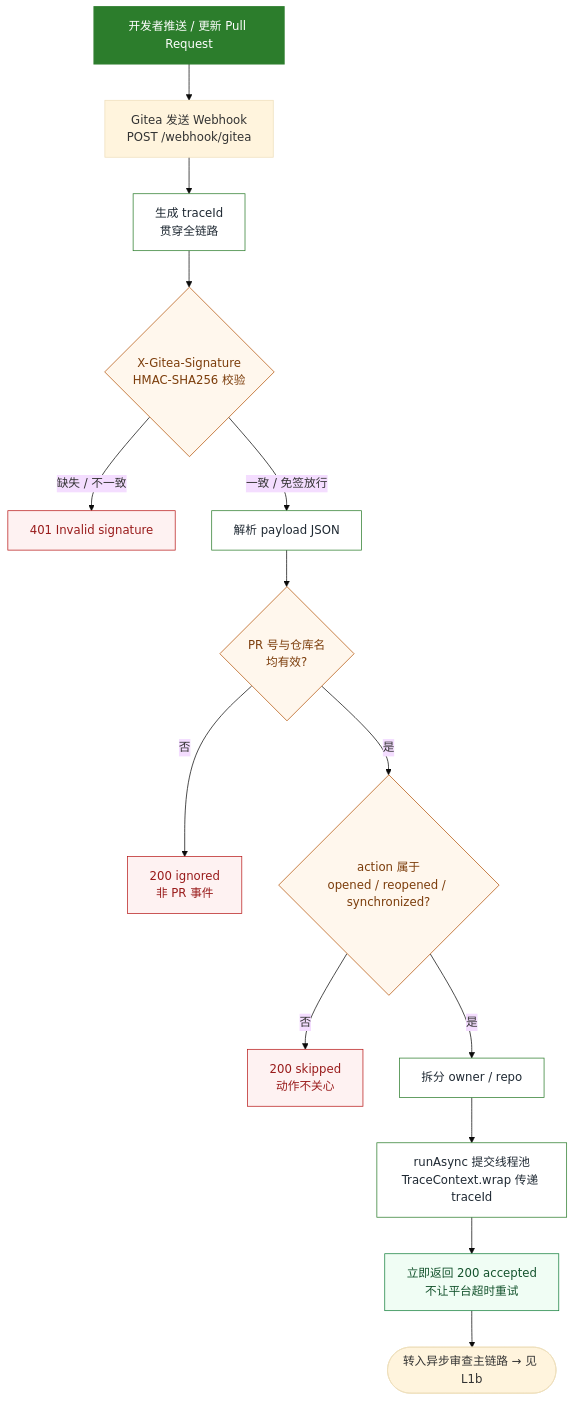
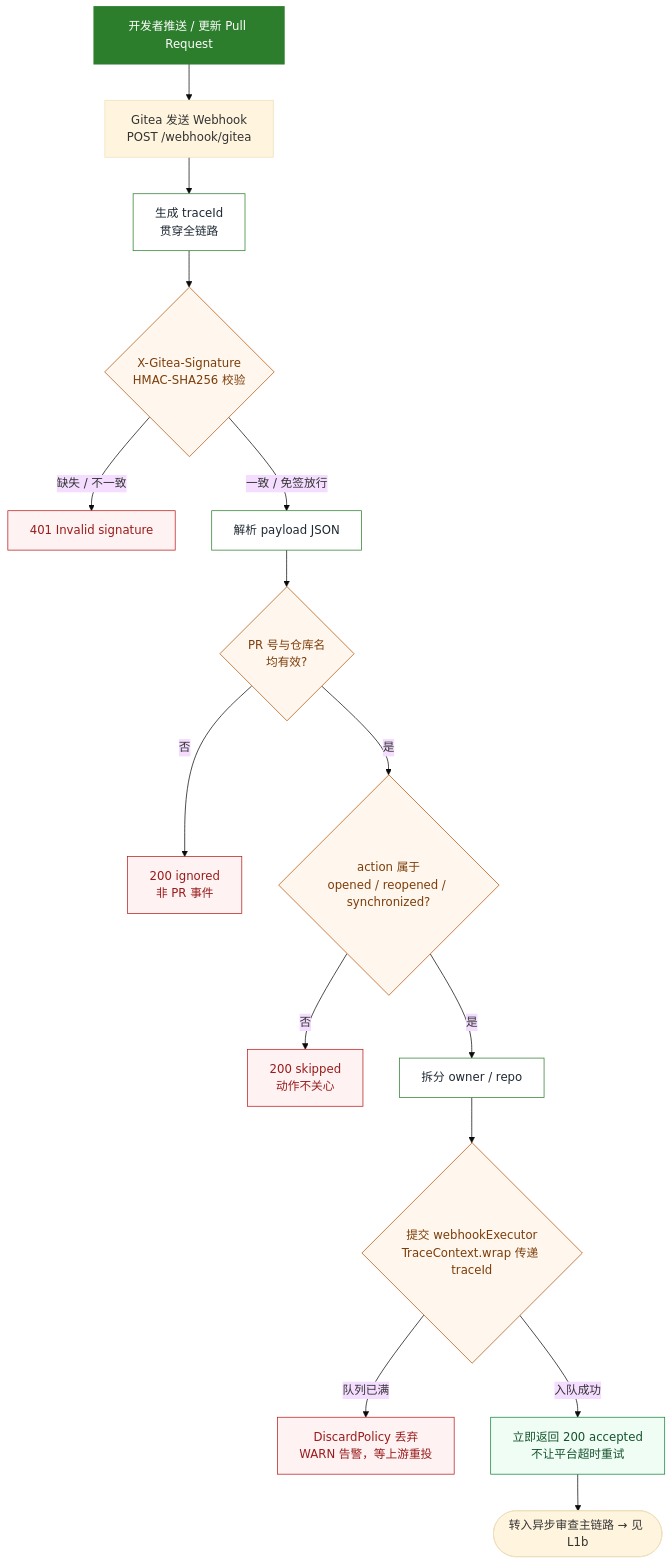
One commit to 13liyunfei/code-review-agent changed the diagram in docs/diagrams/l1a-webhook-intake.mmd. Above: the diagram before and after it, drawn with Mermaid (base theme). The commit also changed 10 other files, not shown here.

First line of the commit message:
docs: 图集同步项目近期演进，新增影响面分析专图（11 → 12 张）

```diff
--- a/docs/diagrams/l1a-webhook-intake.mmd
+++ b/docs/diagrams/l1a-webhook-intake.mmd
@@ -1,28 +1,29 @@
 flowchart TD
     A["开发者推送 / 更新 Pull Request"] --> B["Gitea 发送 Webhook<br/>POST /webhook/gitea"]
     B --> T0["生成 traceId<br/>贯穿全链路"]
     T0 --> C{"X-Gitea-Signature<br/>HMAC-SHA256 校验"}
 
     C -->|"缺失 / 不一致"| C1["401 Invalid signature"]
     C -->|"一致 / 免签放行"| D["解析 payload JSON"]
 
     D --> E{"PR 号与仓库名<br/>均有效?"}
     E -->|"否"| E1["200 ignored<br/>非 PR 事件"]
     E -->|"是"| F{"action 属于<br/>opened / reopened / synchronized?"}
     F -->|"否"| F1["200 skipped<br/>动作不关心"]
     F -->|"是"| G["拆分 owner / repo"]
 
-    G --> H["runAsync 提交线程池<br/>TraceContext.wrap 传递 traceId"]
-    H --> H1["立即返回 200 accepted<br/>不让平台超时重试"]
+    G --> H{"提交 webhookExecutor<br/>TraceContext.wrap 传递 traceId"}
+    H -->|"队列已满"| H2["DiscardPolicy 丢弃<br/>WARN 告警，等上游重投"]
+    H -->|"入队成功"| H1["立即返回 200 accepted<br/>不让平台超时重试"]
     H1 --> NB(["转入异步审查主链路 → 见 L1b"])
 
     classDef start fill:#2c7d2c,stroke:#2c7d2c,stroke-width:2px,color:#fff;
     classDef proc fill:#FFFFFF,stroke:#2c7d2c,stroke-width:1px,color:#1f2933;
     classDef dec fill:#FFF7ED,stroke:#b45309,stroke-width:1px,color:#7c3d0b;
     classDef fail fill:#FEF2F2,stroke:#b91c1c,stroke-width:1px,color:#991b1b;
     classDef ok fill:#F0FDF4,stroke:#15803d,stroke-width:1px,color:#14532d;
     class A start;
-    class T0,D,G,H proc;
-    class C,E,F dec;
-    class C1,E1,F1 fail;
+    class T0,D,G proc;
+    class C,E,F,H dec;
+    class C1,E1,F1,H2 fail;
     class H1 ok;
```
